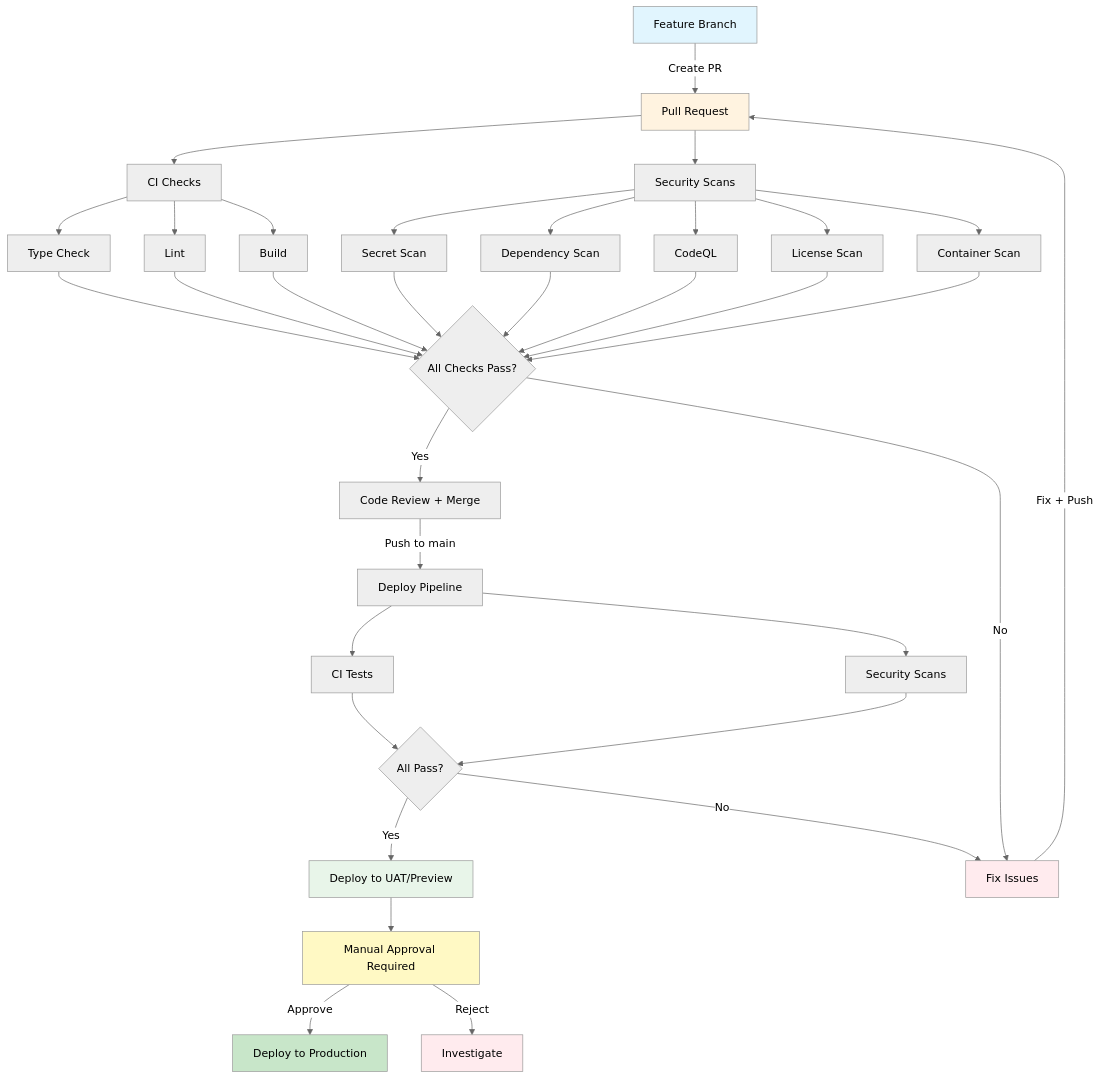
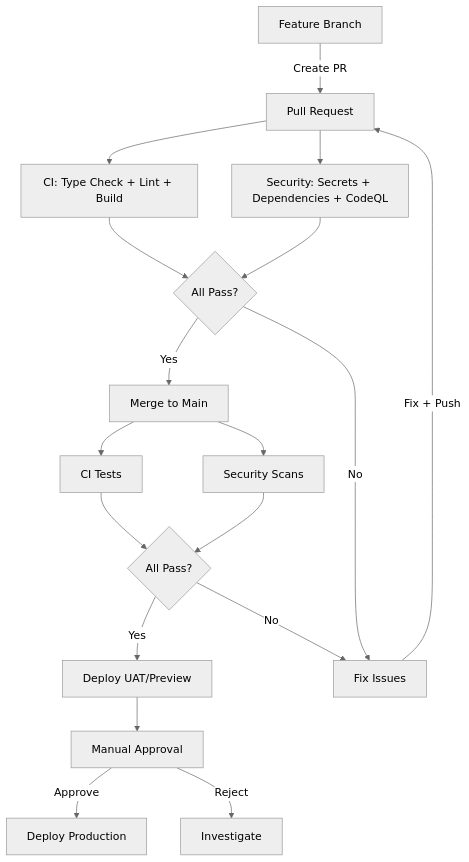
Before and after one commit to ChanOoDev/DRNotes-NCO: the second of 2 diagrams in docs/cicd-setup.md, drawn with Mermaid (neutral theme). The commit also changed other lines of this file, not shown here.

Commit message:
docs: simplify Mermaid diagrams for clarity

````diff
--- a/docs/cicd-setup.md
+++ b/docs/cicd-setup.md
@@ -39,47 +31,20 @@
 ```mermaid
 graph TD
     A[Feature Branch] -->|Create PR| B[Pull Request]
-    B --> C[CI Checks]
-    B --> D[Security Scans]
-
-    C --> C1[Type Check]
-    C --> C2[Lint]
-    C --> C3[Build]
-
-    D --> D1[Secret Scan]
-    D --> D2[Dependency Scan]
-    D --> D3[CodeQL]
-    D --> D4[License Scan]
-    D --> D5[Container Scan]
-
-    C1 & C2 & C3 --> E{All Checks Pass?}
-    D1 & D2 & D3 & D4 & D5 --> E
-
-    E -->|Yes| F[Code Review + Merge]
+    B --> C[CI: Type Check + Lint + Build]
+    B --> D[Security: Secrets + Dependencies + CodeQL]
+    C --> E{All Pass?}
+    D --> E
+    E -->|Yes| F[Merge to Main]
     E -->|No| G[Fix Issues]
-
-    F -->|Push to main| H[Deploy Pipeline]
-
-    H --> I[CI Tests]
-    H --> J[Security Scans]
-
-    I --> K{All Pass?}
-    J --> K
-
-    K -->|Yes| L[Deploy to UAT/Preview]
-    K -->|No| G
-
-    L --> M[Manual Approval Required]
-    M -->|Approve| N[Deploy to Production]
-    M -->|Reject| O[Investigate]
-
+    F --> H[CI Tests]
+    F --> I[Security Scans]
+    H --> J{All Pass?}
+    I --> J
+    J -->|Yes| K[Deploy UAT/Preview]
+    J -->|No| G
+    K --> L[Manual Approval]
+    L -->|Approve| M[Deploy Production]
+    L -->|Reject| N[Investigate]
     G -->|Fix + Push| B
-
-    style A fill:#e1f5fe
-    style B fill:#fff3e0
-    style L fill:#e8f5e9
-    style M fill:#fff9c4
-    style N fill:#c8e6c9
-    style G fill:#ffebee
-    style O fill:#ffebee
 ```
````
